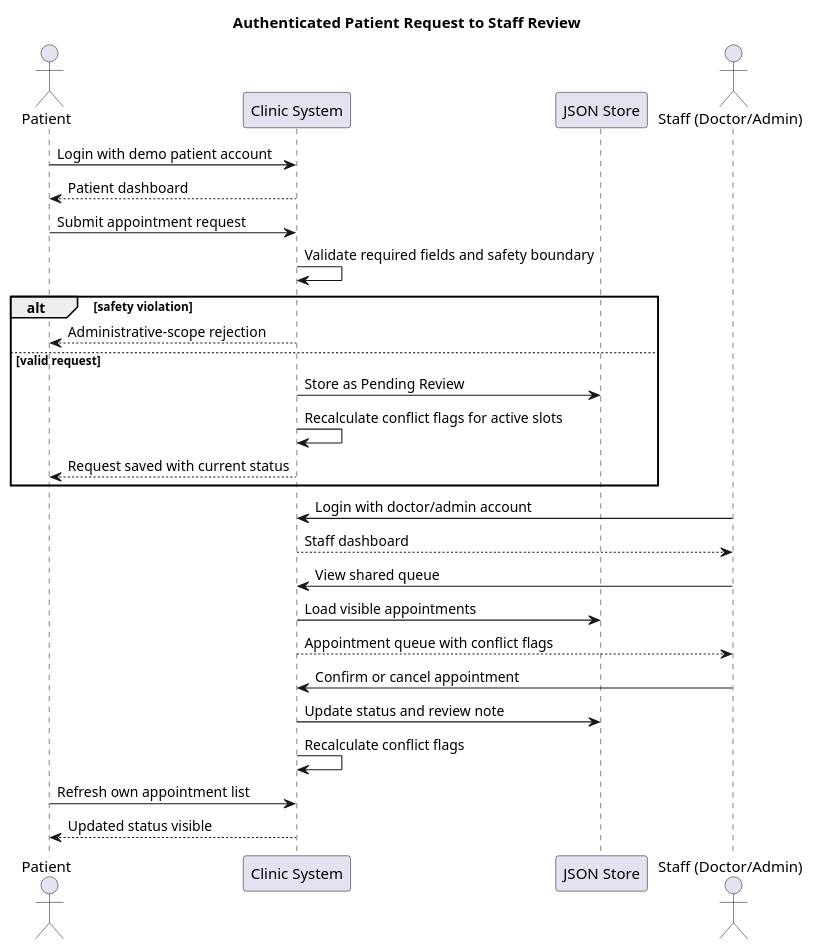
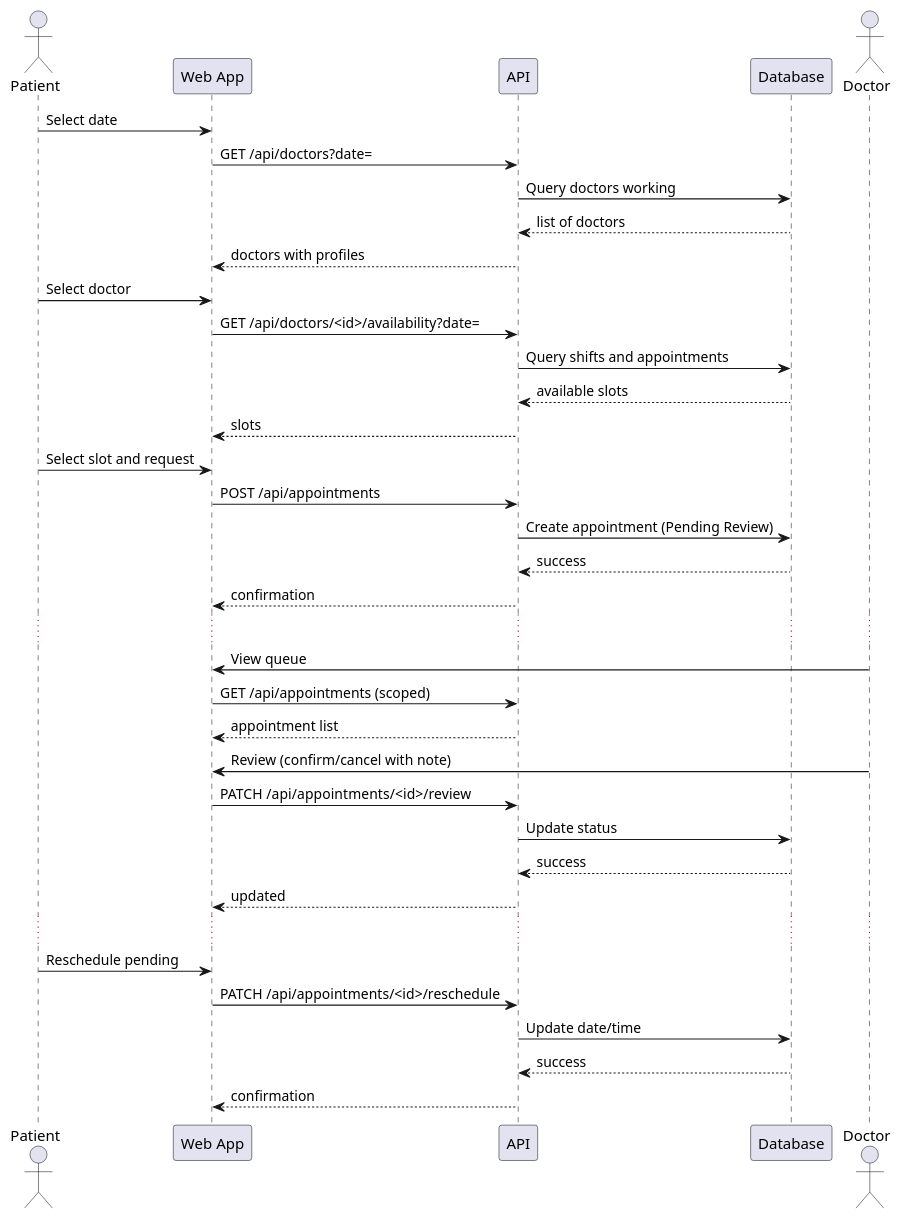
One commit to XGS61/DTS114 changed the diagram in Task2/clinic_app/artifacts/diagrams/sequence_diagram.puml. Above: the diagram before and after it, drawn with PlantUML. The commit also changed 43 other files, not shown here.

```diff
--- a/Task2/clinic_app/artifacts/diagrams/sequence_diagram.puml
+++ b/Task2/clinic_app/artifacts/diagrams/sequence_diagram.puml
@@ -1,30 +1,37 @@
 @startuml
-title Authenticated Patient Request to Staff Review
 actor Patient
-participant "Clinic System" as System
-participant "JSON Store" as Store
-actor "Staff (Doctor/Admin)" as Staff
-
-Patient -> System: Login with demo patient account
-System --> Patient: Patient dashboard
-Patient -> System: Submit appointment request
-System -> System: Validate required fields and safety boundary
-alt safety violation
-  System --> Patient: Administrative-scope rejection
-else valid request
-  System -> Store: Store as Pending Review
-  System -> System: Recalculate conflict flags for active slots
-  System --> Patient: Request saved with current status
-end
-
-Staff -> System: Login with doctor/admin account
-System --> Staff: Staff dashboard
-Staff -> System: View shared queue
-System -> Store: Load visible appointments
-System --> Staff: Appointment queue with conflict flags
-Staff -> System: Confirm or cancel appointment
-System -> Store: Update status and review note
-System -> System: Recalculate conflict flags
-Patient -> System: Refresh own appointment list
-System --> Patient: Updated status visible
+participant "Web App" as Web
+participant "API" as API
+participant "Database" as DB
+Patient -> Web: Select date
+Web -> API: GET /api/doctors?date=
+API -> DB: Query doctors working
+DB --> API: list of doctors
+API --> Web: doctors with profiles
+Patient -> Web: Select doctor
+Web -> API: GET /api/doctors/<id>/availability?date=
+API -> DB: Query shifts and appointments
+DB --> API: available slots
+API --> Web: slots
+Patient -> Web: Select slot and request
+Web -> API: POST /api/appointments
+API -> DB: Create appointment (Pending Review)
+DB --> API: success
+API --> Web: confirmation
+...
+actor Doctor
+Doctor -> Web: View queue
+Web -> API: GET /api/appointments (scoped)
+API --> Web: appointment list
+Doctor -> Web: Review (confirm/cancel with note)
+Web -> API: PATCH /api/appointments/<id>/review
+API -> DB: Update status
+DB --> API: success
+API --> Web: updated
+...
+Patient -> Web: Reschedule pending
+Web -> API: PATCH /api/appointments/<id>/reschedule
+API -> DB: Update date/time
+DB --> API: success
+API --> Web: confirmation
 @enduml
```
